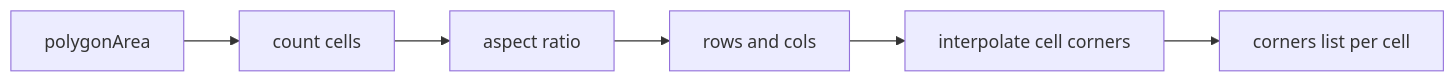
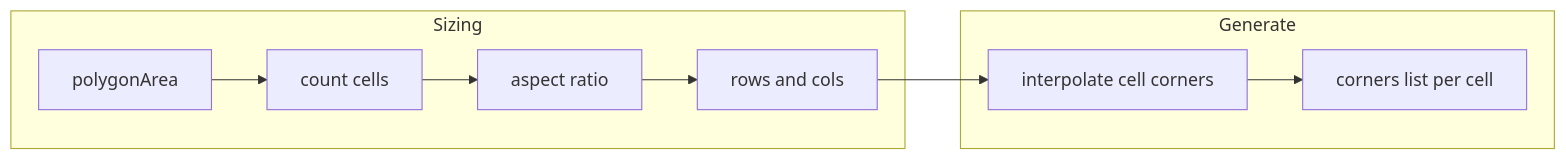
The seventh of 7 diagrams in docs/poly/README.md (Gh0st352/AETHR), drawn with Mermaid before and after one commit. The commit also changed other lines of this file and 9 other files, not shown here.

First line of the commit message:
docs(poly): improve README headings and mermaid diagrams

````diff
--- a/docs/poly/README.md
+++ b/docs/poly/README.md
@@ -145,8 +198,16 @@
 ```mermaid
+%% shared theme: docs/_mermaid/theme.json %%
 flowchart LR
-  TA[polygonArea] --> CNT[count cells]
-  CNT --> AR[aspect ratio]
-  AR --> RC[rows and cols]
-  RC --> GEN[interpolate cell corners]
-  GEN --> OUT[corners list per cell]
+  subgraph "Sizing"
+    TA[polygonArea] --> CNT[count cells]
+    CNT --> AR[aspect ratio]
+    AR --> RC[rows and cols]
+  end
+  subgraph "Generate"
+    RC --> GEN[interpolate cell corners]
+    GEN --> OUT[corners list per cell]
+  end
+
+  class OUT class_result;
+  class TA,CNT,AR,RC,GEN class_step;
 ```
````
